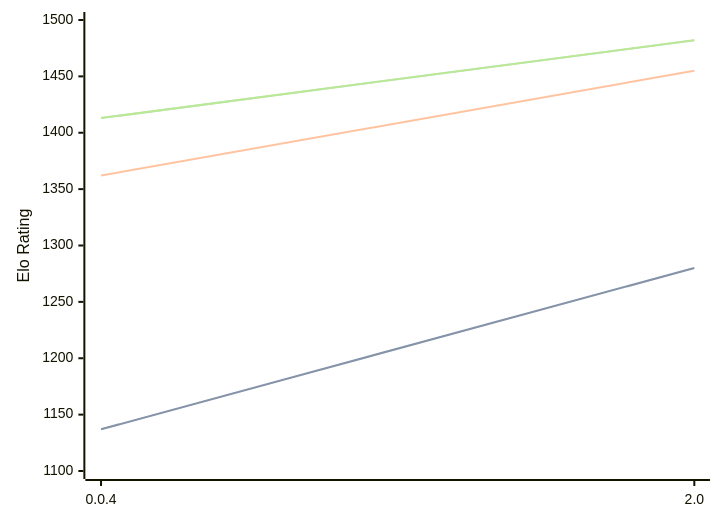
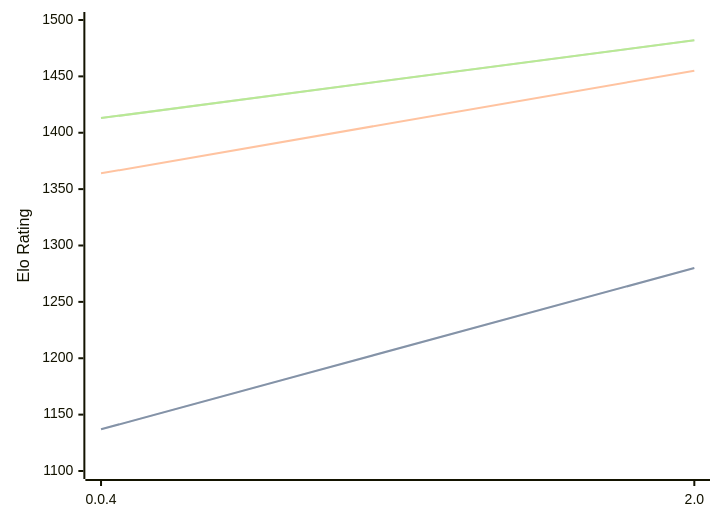
Before and after one commit to computer-chess-index/cci: the diagram in engines/Oops!Mate.md, drawn with Mermaid. The commit also changed other lines of this file, not shown here.

````diff
--- a/engines/Oops!Mate.md
+++ b/engines/Oops!Mate.md
@@ -33,11 +33,11 @@
 ```mermaid
 %%{init: {"theme":"base","themeVariables":{"seriesColors:['#a3a3a3','#222221','#faa371']}}}%%
 xychart-beta
   x-axis ["0.0.4", "2.0"]
   y-axis "Elo Rating" 1100 --> 1500
   line "" [1137, 1280]
   line "STC (8.0+0.08s)" [1137, 1280]
-  line "LTC (60.0+0.60s)" [1362, 1455]
+  line "LTC (60.0+0.60s)" [1364, 1455]
   line "" [1413, 1482]
   line "VLTC (2m24s+1.12s)" [1413, 1482]
 ```
````
